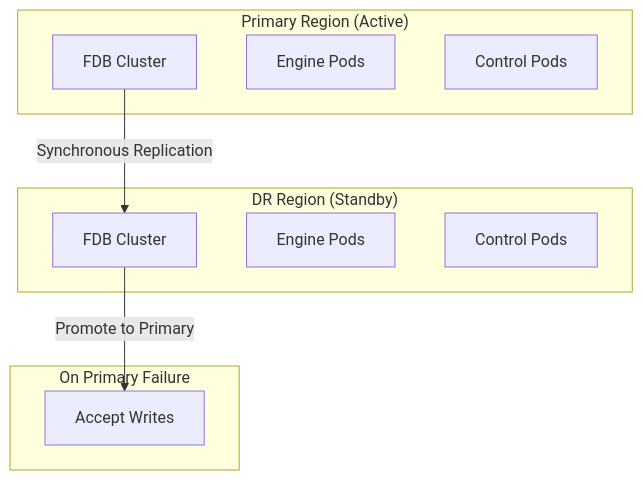
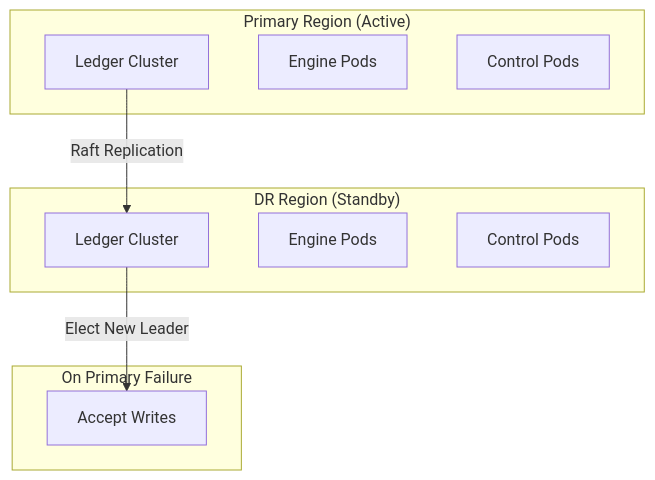
The diagram in docs/disaster-recovery.md (inferadb/deploy), drawn with Mermaid before and after one commit. The commit also changed other lines of this file and 38 other files, not shown here.

Commit message:
improve: fdb → ledger

````diff
--- a/docs/disaster-recovery.md
+++ b/docs/disaster-recovery.md
@@ -14,20 +14,20 @@
 ```mermaid
 flowchart TB
     subgraph primary["Primary Region (Active)"]
-        fdb1[FDB Cluster]
+        ledger1[Ledger Cluster]
         engine1[Engine Pods]
         control1[Control Pods]
     end
 
     subgraph dr["DR Region (Standby)"]
-        fdb2[FDB Cluster]
+        ledger2[Ledger Cluster]
         engine2[Engine Pods]
         control2[Control Pods]
     end
 
-    fdb1 -->|"Synchronous Replication"| fdb2
+    ledger1 -->|"Raft Replication"| ledger2
 
     subgraph failover["On Primary Failure"]
-        fdb2 -->|"Promote to Primary"| active[Accept Writes]
+        ledger2 -->|"Elect New Leader"| active[Accept Writes]
     end
 ```
````
